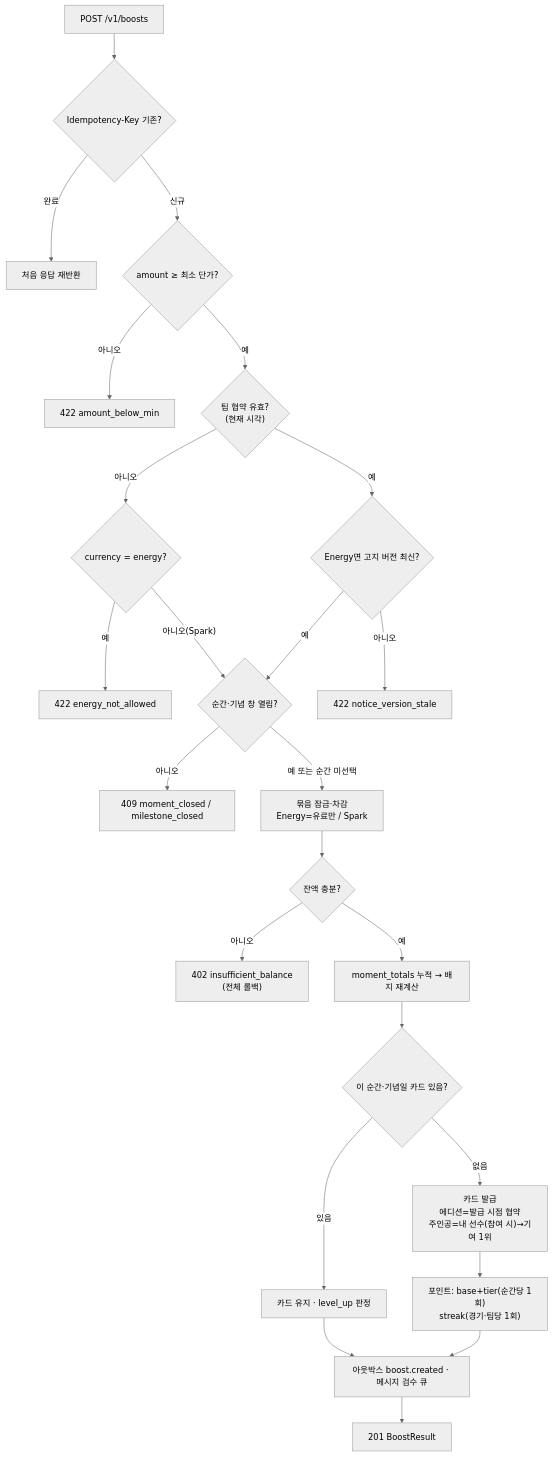
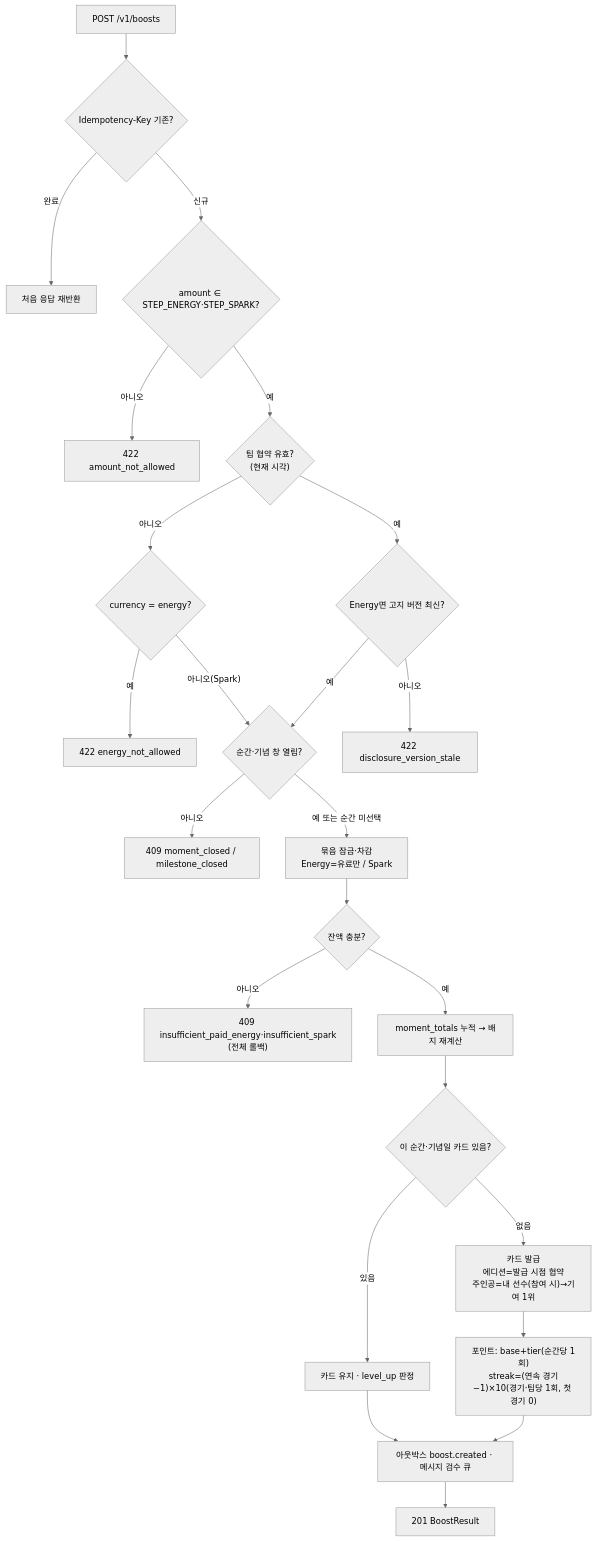
The second of 16 diagrams in handoff/11-flowcharts.md (yhc-pie/rorr-hero), drawn with Mermaid (neutral theme) before and after one commit. The commit also changed other lines of this file and 25 other files, not shown here.

````diff
--- a/handoff/11-flowcharts.md
+++ b/handoff/11-flowcharts.md
@@ -56,26 +56,26 @@
 ```mermaid
 flowchart TD
   S["POST /v1/boosts"] --> I{"Idempotency-Key 기존?"}
   I -- "완료" --> R0["처음 응답 재반환"]
-  I -- "신규" --> M{"amount ≥ 최소 단가?"}
-  M -- "아니오" --> E1["422 amount_below_min"]
+  I -- "신규" --> M{"amount ∈ STEP_ENERGY·STEP_SPARK?"}
+  M -- "아니오" --> E1["422 amount_not_allowed"]
   M -- "예" --> P{"팀 협약 유효?<br/>(현재 시각)"}
   P -- "아니오" --> PE{"currency = energy?"}
   PE -- "예" --> E2["422 energy_not_allowed"]
   PE -- "아니오(Spark)" --> W
   P -- "예" --> NV{"Energy면 고지 버전 최신?"}
-  NV -- "아니오" --> E3["422 notice_version_stale"]
+  NV -- "아니오" --> E3["422 disclosure_version_stale"]
   NV -- "예" --> W{"순간·기념 창 열림?"}
   W -- "아니오" --> E4["409 moment_closed / milestone_closed"]
   W -- "예 또는 순간 미선택" --> D["묶음 잠금·차감<br/>Energy=유료만 / Spark"]
   D --> B{"잔액 충분?"}
-  B -- "아니오" --> E5["402 insufficient_balance<br/>(전체 롤백)"]
+  B -- "아니오" --> E5["409 insufficient_paid_energy·insufficient_spark<br/>(전체 롤백)"]
   B -- "예" --> T["moment_totals 누적 → 배지 재계산"]
   T --> C{"이 순간·기념일 카드 있음?"}
   C -- "없음" --> C1["카드 발급<br/>에디션=발급 시점 협약<br/>주인공=내 선수(참여 시)→기여 1위"]
   C -- "있음" --> C2["카드 유지 · level_up 판정"]
-  C1 --> PT["포인트: base+tier(순간당 1회)<br/>streak(경기·팀당 1회)"]
+  C1 --> PT["포인트: base+tier(순간당 1회)<br/>streak=(연속 경기−1)×10(경기·팀당 1회, 첫 경기 0)"]
   C2 --> OB
   PT --> OB["아웃박스 boost.created · 메시지 검수 큐"]
   OB --> R["201 BoostResult"]
 ```
````
